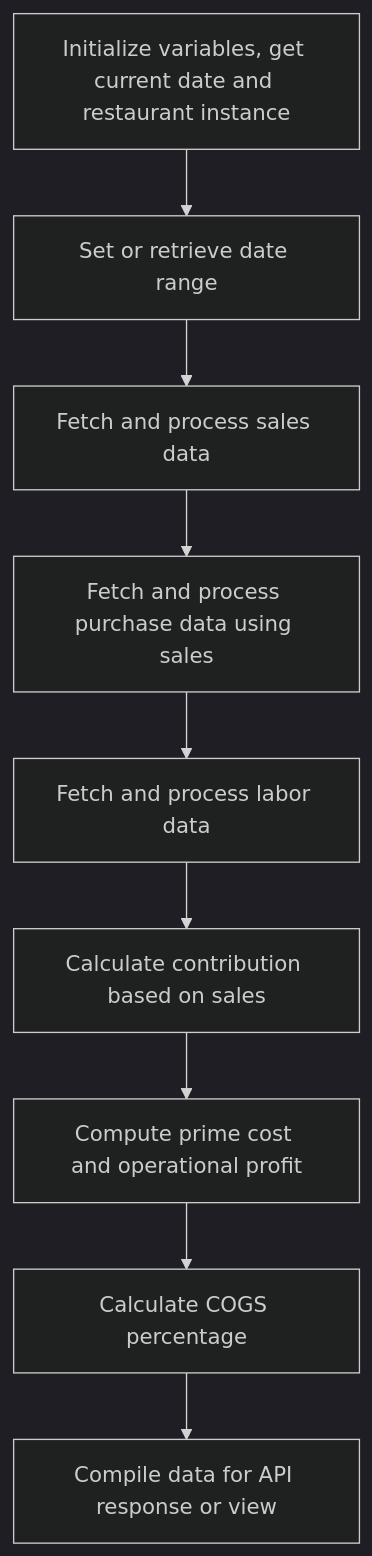
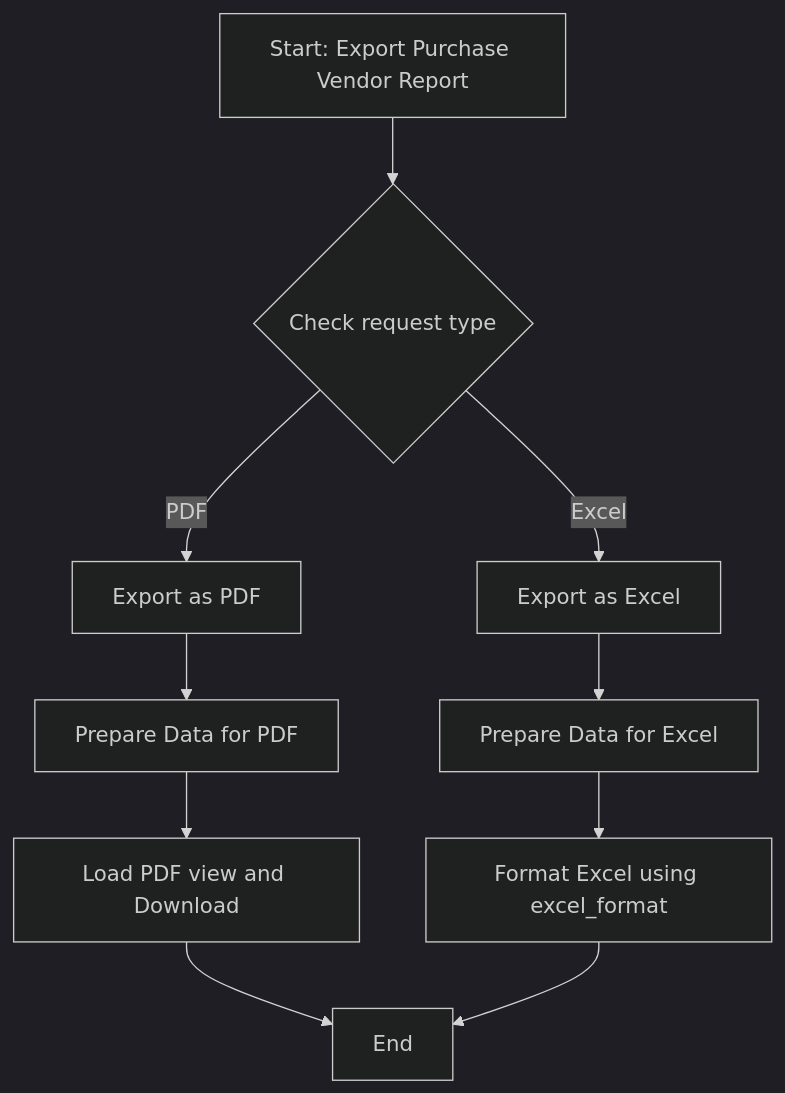
Before and after one commit to polynomialai/clickBACON-Backend-Documentation: diagram 27 of 34 in docs/route_flow.md, drawn with Mermaid (dark theme). The commit also changed other lines of this file and 2 other files, not shown here.

````diff
--- a/docs/route_flow.md
+++ b/docs/route_flow.md
@@ -510,11 +1067,23 @@
 ```mermaid
-   graph TD
-      A[Initialize variables, get current date and restaurant instance] --> B[Set or retrieve date range]
-      B --> C[Fetch and process sales data]
-      C --> D[Fetch and process purchase data using sales]
-      D --> E[Fetch and process labor data]
-      E --> F[Calculate contribution based on sales]
-      F --> G[Compute prime cost and operational profit]
-      G --> H[Calculate COGS percentage]
-      H --> I[Compile data for API response or view]
+graph TD
+    A[Start: Export Purchase Vendor Report]
+    B{Check request type}
+    C[Export as PDF]
+    D[Prepare Data for PDF]
+    E[Load PDF view and Download]
+    F[Export as Excel]
+    G[Prepare Data for Excel]
+    H[Format Excel using excel_format]
+    I[End]
+
+    A --> B
+    B --PDF--> C
+    C --> D
+    D --> E
+    E --> I
+    B --Excel--> F
+    F --> G
+    G --> H
+    H --> I
+
 ```
````
